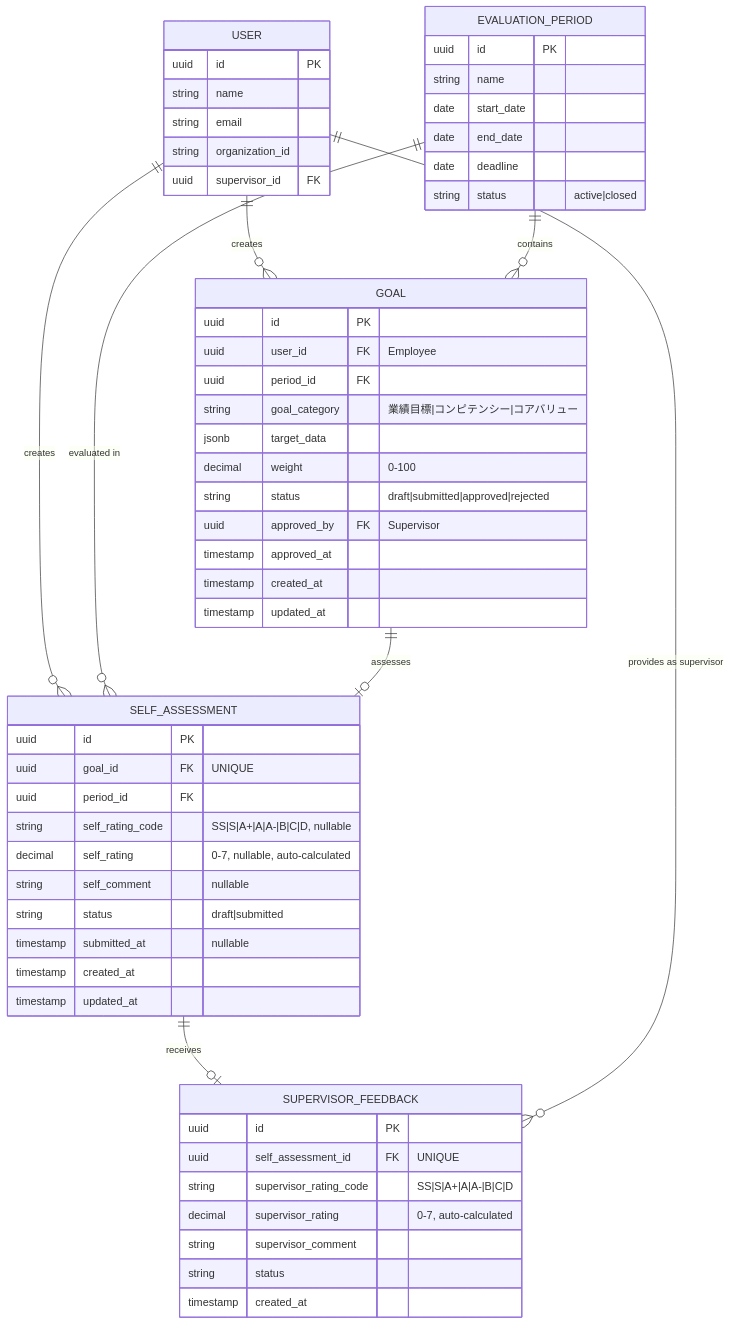
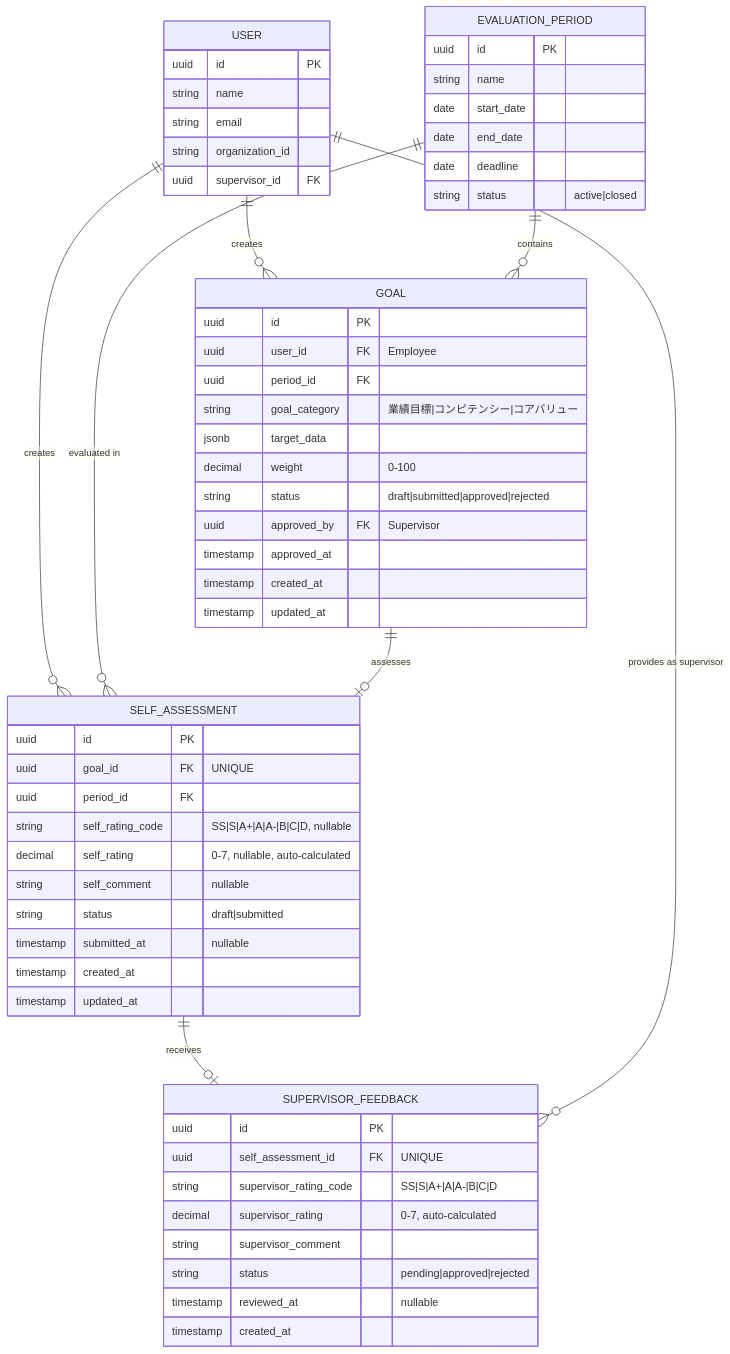
The first of 3 diagrams in .kiro/specs/self-assessment/domain-model.md (shintairiku/evaluation-system), drawn with Mermaid before and after one commit. The commit also changed other lines of this file, not shown here.

First line of the commit message:
feat(self-assessment): add Core Value sequential flow to domain model

````diff
--- a/.kiro/specs/self-assessment/domain-model.md
+++ b/.kiro/specs/self-assessment/domain-model.md
@@ -148,64 +167,65 @@
 ```mermaid
 erDiagram
     USER ||--o{ GOAL : "creates"
     USER ||--o{ SELF_ASSESSMENT : "creates"
     EVALUATION_PERIOD ||--o{ GOAL : "contains"
     EVALUATION_PERIOD ||--o{ SELF_ASSESSMENT : "evaluated in"
     GOAL ||--o| SELF_ASSESSMENT : "assesses"
     SELF_ASSESSMENT ||--o| SUPERVISOR_FEEDBACK : "receives"
     USER ||--o{ SUPERVISOR_FEEDBACK : "provides as supervisor"
 
     USER {
         uuid id PK
         string name
         string email
         string organization_id
         uuid supervisor_id FK
     }
 
     GOAL {
         uuid id PK
         uuid user_id FK "Employee"
         uuid period_id FK
         string goal_category "業績目標|コンピテンシー|コアバリュー"
         jsonb target_data
         decimal weight "0-100"
         string status "draft|submitted|approved|rejected"
         uuid approved_by FK "Supervisor"
         timestamp approved_at
         timestamp created_at
         timestamp updated_at
     }
 
     EVALUATION_PERIOD {
         uuid id PK
         string name
         date start_date
         date end_date
         date deadline
         string status "active|closed"
     }
 
     SELF_ASSESSMENT {
         uuid id PK
         uuid goal_id FK "UNIQUE"
         uuid period_id FK
         string self_rating_code "SS|S|A+|A|A-|B|C|D, nullable"
         decimal self_rating "0-7, nullable, auto-calculated"
         string self_comment "nullable"
         string status "draft|submitted"
         timestamp submitted_at "nullable"
         timestamp created_at
         timestamp updated_at
     }
 
     SUPERVISOR_FEEDBACK {
         uuid id PK
         uuid self_assessment_id FK "UNIQUE"
         string supervisor_rating_code "SS|S|A+|A|A-|B|C|D"
         decimal supervisor_rating "0-7, auto-calculated"
         string supervisor_comment
-        string status
+        string status "pending|approved|rejected"
+        timestamp reviewed_at "nullable"
         timestamp created_at
     }
 ```
````
